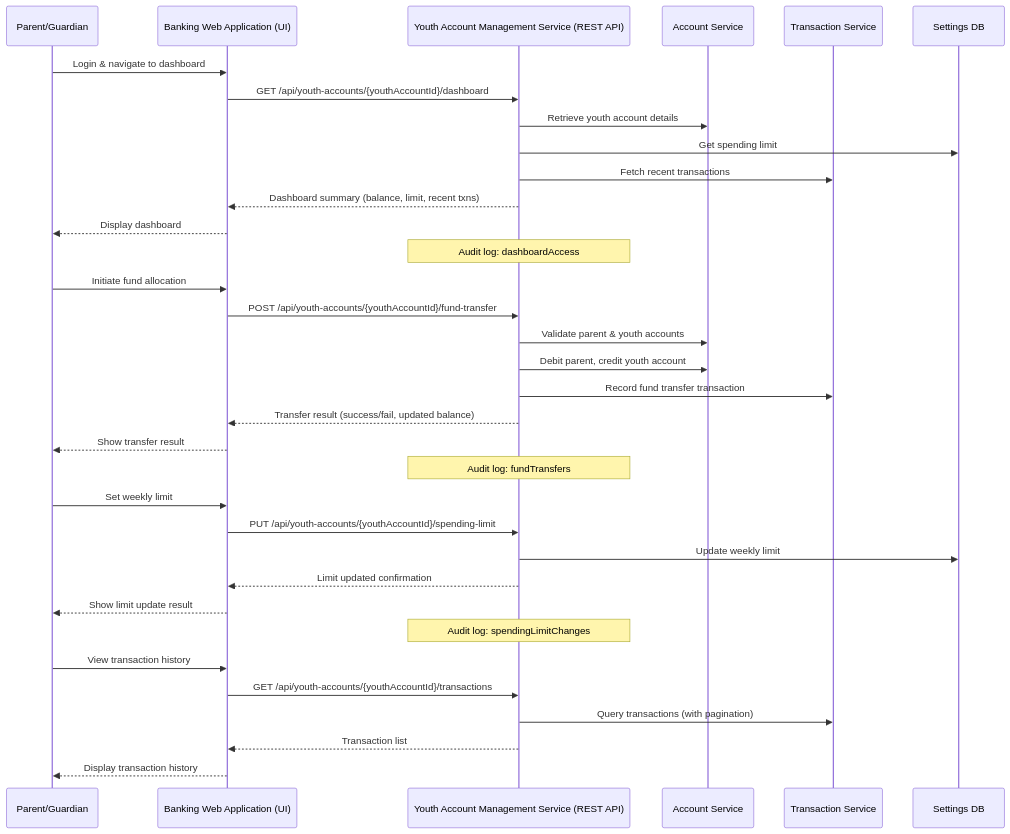
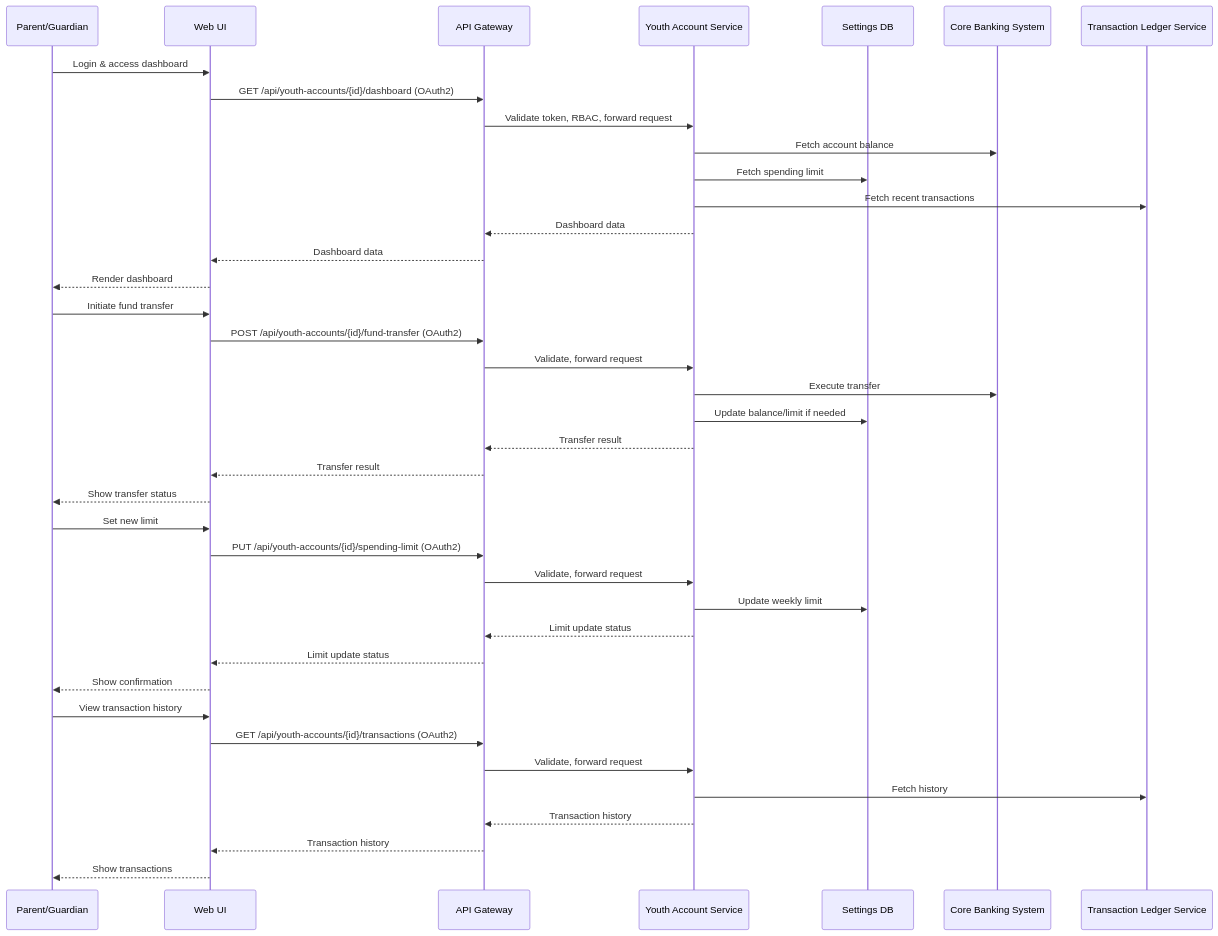
The diagram in Components and Sequence Diagrams/sequence_diagram.mmd (Ascend-Krithi/SCIB-Inception), drawn with Mermaid before and after one commit. The commit also changed 1 other file, not shown here.

```diff
--- a/Components and Sequence Diagrams/sequence_diagram.mmd
+++ b/Components and Sequence Diagrams/sequence_diagram.mmd
@@ -1,43 +1,48 @@
-%% Youth Account Management - Main User Flows
+%% Sequence Diagram: Parent-Youth Account Management
 sequenceDiagram
     participant Parent as Parent/Guardian
-    participant WebApp as Banking Web Application (UI)
-    participant API as Youth Account Management Service (REST API)
-    participant AccountSvc as Account Service
-    participant TxnSvc as Transaction Service
+    participant WebUI as Web UI
+    participant APIGW as API Gateway
+    participant YAS as Youth Account Service
     participant SettingsDB as Settings DB
+    participant CoreBanking as Core Banking System
+    participant TransactionService as Transaction Ledger Service
 
-    %% Dashboard Access
-    Parent->>WebApp: Login & navigate to dashboard
-    WebApp->>API: GET /api/youth-accounts/{youthAccountId}/dashboard
-    API->>AccountSvc: Retrieve youth account details
-    API->>SettingsDB: Get spending limit
-    API->>TxnSvc: Fetch recent transactions
-    API-->>WebApp: Dashboard summary (balance, limit, recent txns)
-    WebApp-->>Parent: Display dashboard
-    Note over API: Audit log: dashboardAccess
+    %% Dashboard retrieval
+    Parent->>WebUI: Login & access dashboard
+    WebUI->>APIGW: GET /api/youth-accounts/{id}/dashboard (OAuth2)
+    APIGW->>YAS: Validate token, RBAC, forward request
+    YAS->>CoreBanking: Fetch account balance
+    YAS->>SettingsDB: Fetch spending limit
+    YAS->>TransactionService: Fetch recent transactions
+    YAS-->>APIGW: Dashboard data
+    APIGW-->>WebUI: Dashboard data
+    WebUI-->>Parent: Render dashboard
 
-    %% Fund Transfer
-    Parent->>WebApp: Initiate fund allocation
-    WebApp->>API: POST /api/youth-accounts/{youthAccountId}/fund-transfer
-    API->>AccountSvc: Validate parent & youth accounts
-    API->>AccountSvc: Debit parent, credit youth account
-    API->>TxnSvc: Record fund transfer transaction
-    API-->>WebApp: Transfer result (success/fail, updated balance)
-    WebApp-->>Parent: Show transfer result
-    Note over API: Audit log: fundTransfers
+    %% Fund transfer
+    Parent->>WebUI: Initiate fund transfer
+    WebUI->>APIGW: POST /api/youth-accounts/{id}/fund-transfer (OAuth2)
+    APIGW->>YAS: Validate, forward request
+    YAS->>CoreBanking: Execute transfer
+    YAS->>SettingsDB: Update balance/limit if needed
+    YAS-->>APIGW: Transfer result
+    APIGW-->>WebUI: Transfer result
+    WebUI-->>Parent: Show transfer status
 
-    %% Set Spending Limit
-    Parent->>WebApp: Set weekly limit
-    WebApp->>API: PUT /api/youth-accounts/{youthAccountId}/spending-limit
-    API->>SettingsDB: Update weekly limit
-    API-->>WebApp: Limit updated confirmation
-    WebApp-->>Parent: Show limit update result
-    Note over API: Audit log: spendingLimitChanges
+    %% Set spending limit
+    Parent->>WebUI: Set new limit
+    WebUI->>APIGW: PUT /api/youth-accounts/{id}/spending-limit (OAuth2)
+    APIGW->>YAS: Validate, forward request
+    YAS->>SettingsDB: Update weekly limit
+    YAS-->>APIGW: Limit update status
+    APIGW-->>WebUI: Limit update status
+    WebUI-->>Parent: Show confirmation
 
-    %% Transaction History
-    Parent->>WebApp: View transaction history
-    WebApp->>API: GET /api/youth-accounts/{youthAccountId}/transactions
-    API->>TxnSvc: Query transactions (with pagination)
-    API-->>WebApp: Transaction list
-    WebApp-->>Parent: Display transaction history
+    %% Transaction history
+    Parent->>WebUI: View transaction history
+    WebUI->>APIGW: GET /api/youth-accounts/{id}/transactions (OAuth2)
+    APIGW->>YAS: Validate, forward request
+    YAS->>TransactionService: Fetch history
+    YAS-->>APIGW: Transaction history
+    APIGW-->>WebUI: Transaction history
+    WebUI-->>Parent: Show transactions
```
